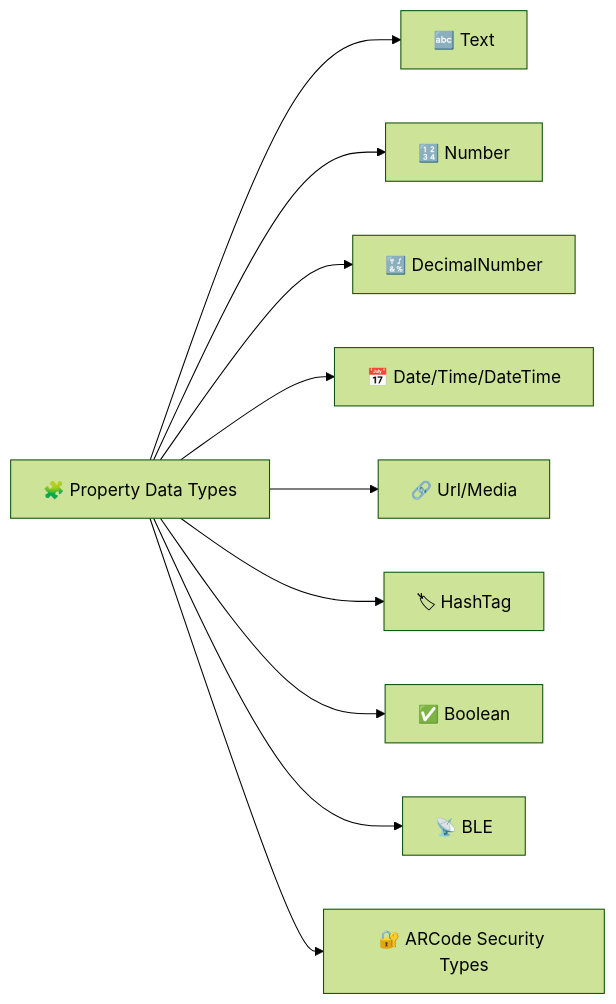
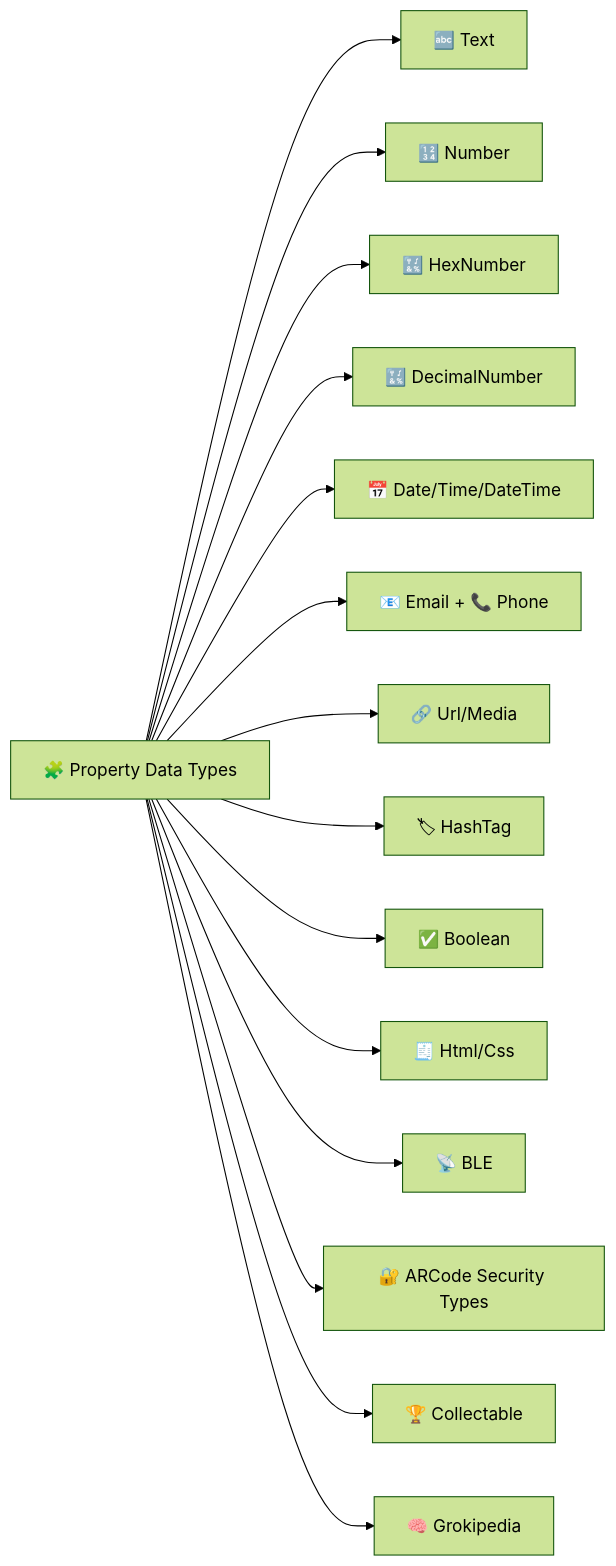
The fourth of 6 diagrams in profile/README.md (GeoARit/.github), drawn with Mermaid (forest theme) before and after one commit. The commit also changed other lines of this file, not shown here.

````diff
--- a/profile/README.md
+++ b/profile/README.md
@@ -217,12 +239,17 @@
 ```mermaid
 flowchart LR
     T["🧩 Property Data Types"] --> A["🔤 Text"]
     T --> B["🔢 Number"]
+    T --> B2["🔣 HexNumber"]
     T --> C["🔣 DecimalNumber"]
     T --> D["📅 Date/Time/DateTime"]
+    T --> D2["📧 Email + 📞 Phone"]
     T --> E["🔗 Url/Media"]
     T --> F["🏷 HashTag"]
     T --> G["✅ Boolean"]
+    T --> G2["🧾 Html/Css"]
     T --> H["📡 BLE"]
     T --> I["🔐 ARCode Security Types"]
+    T --> J["🏆 Collectable"]
+    T --> K["🧠 Grokipedia"]
 ```
````
